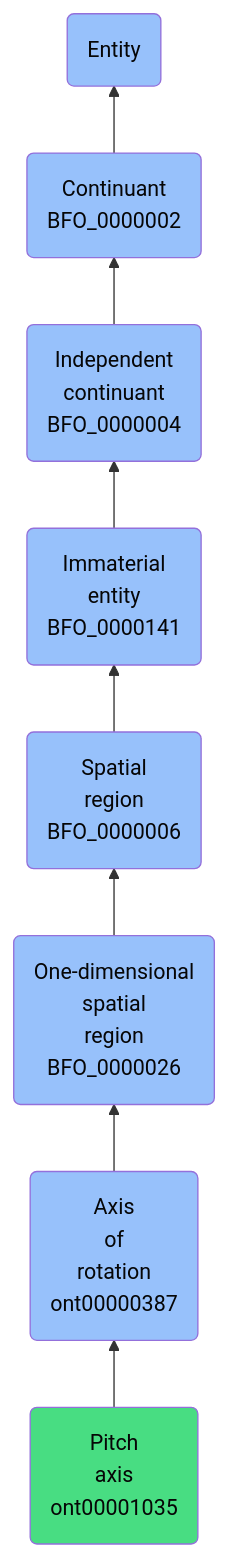
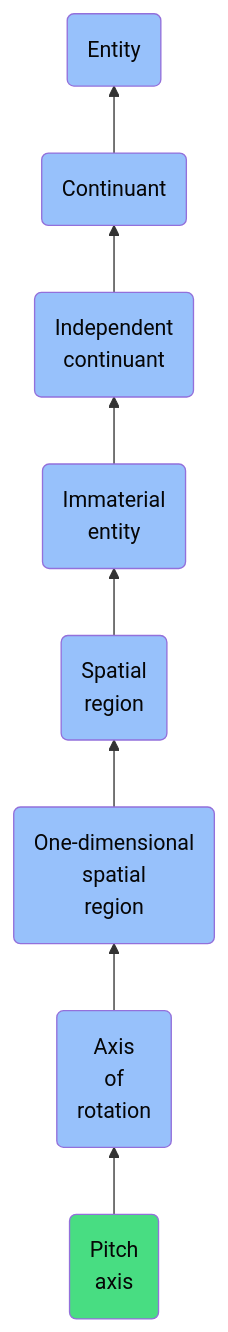
One commit to jupyter-naas/abi changed the diagram in docs/ontology/reference/model/Entity/Continuant/Independent continuant/Immaterial entity/Spatial region/One-dimensional spatial region/Axis of rotation/Pitch axis/Pitch axis.md. Above: the diagram before and after it, drawn with Mermaid. The commit also changed other lines of this file and 1430 other files, not shown here.

````diff
--- a/docs/ontology/reference/model/Entity/Continuant/Independent continuant/Immaterial entity/Spatial region/One-dimensional spatial region/Axis of rotation/Pitch axis/Pitch axis.md
+++ b/docs/ontology/reference/model/Entity/Continuant/Independent continuant/Immaterial entity/Spatial region/One-dimensional spatial region/Axis of rotation/Pitch axis/Pitch axis.md
@@ -24,15 +24,15 @@
 ```mermaid
 graph BT
-    ont00001035(Pitch<br>axis<br>ont00001035):::ABI-->ont00000387
-    ont00000387(Axis<br>of<br>rotation<br>ont00000387):::BFO-->BFO_0000026
-    BFO_0000026(One-dimensional<br>spatial<br>region<br>BFO_0000026):::BFO-->BFO_0000006
-    BFO_0000006(Spatial<br>region<br>BFO_0000006):::BFO-->BFO_0000141
-    BFO_0000141(Immaterial<br>entity<br>BFO_0000141):::BFO-->BFO_0000004
-    BFO_0000004(Independent<br>continuant<br>BFO_0000004):::BFO-->BFO_0000002
-    BFO_0000002(Continuant<br>BFO_0000002):::BFO-->BFO_0000001
+    ont00001035(Pitch<br>axis):::ABI-->ont00000387
+    ont00000387(Axis<br>of<br>rotation):::BFO-->BFO_0000026
+    BFO_0000026(One-dimensional<br>spatial<br>region):::BFO-->BFO_0000006
+    BFO_0000006(Spatial<br>region):::BFO-->BFO_0000141
+    BFO_0000141(Immaterial<br>entity):::BFO-->BFO_0000004
+    BFO_0000004(Independent<br>continuant):::BFO-->BFO_0000002
+    BFO_0000002(Continuant):::BFO-->BFO_0000001
     BFO_0000001(Entity):::BFO
     
     classDef BFO fill:#97c1fb,color:#060606
     classDef CCO fill:#e4c51e,color:#060606
     classDef ABI fill:#48DD82,color:#060606
 ```
````
